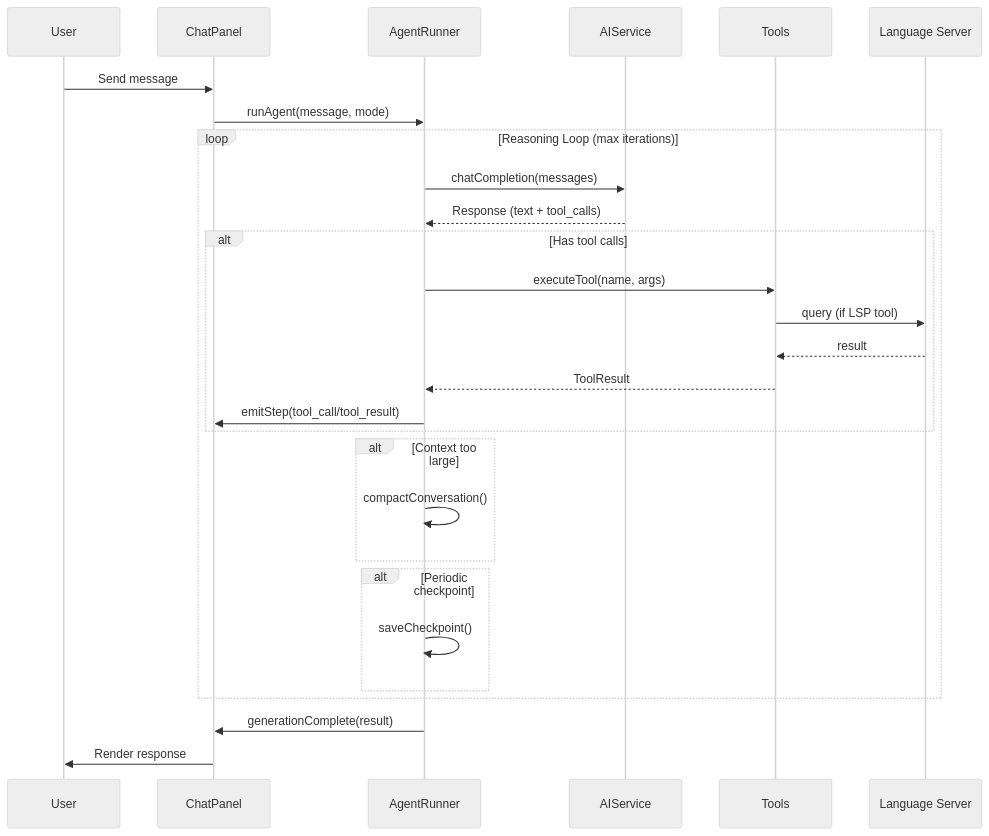
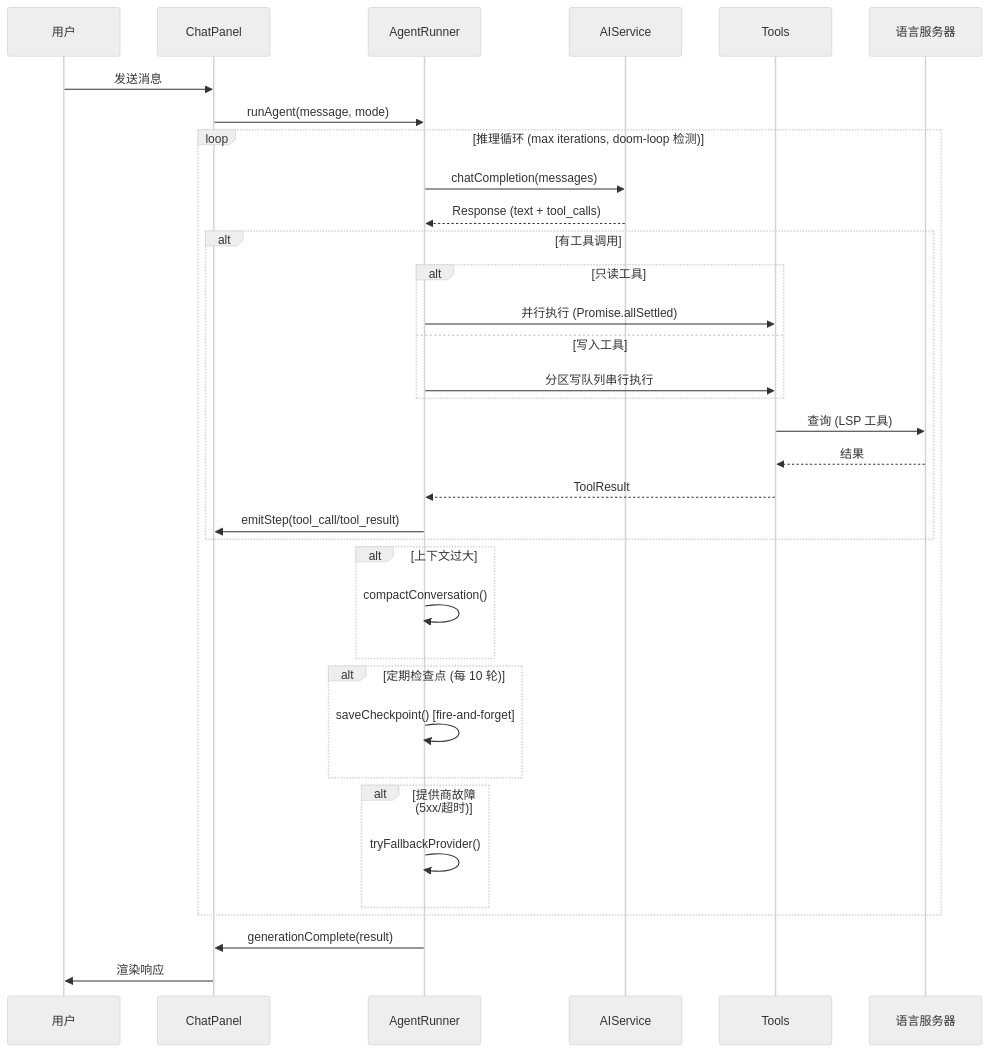
Before and after one commit to Aa728848/cwtools-vscode: the first of 3 diagrams in ARCHITECTURE.md, drawn with Mermaid (neutral theme). The commit also changed other lines of this file and 21 other files, not shown here.

Commit message:
迁移图标

````diff
--- a/ARCHITECTURE.md
+++ b/ARCHITECTURE.md
@@ -136,36 +178,44 @@
 ```mermaid
 sequenceDiagram
-    participant U as User
+    participant U as 用户
     participant CP as ChatPanel
     participant AR as AgentRunner
     participant AI as AIService
     participant T as Tools
-    participant LSP as Language Server
+    participant LSP as 语言服务器
 
-    U->>CP: Send message
+    U->>CP: 发送消息
     CP->>AR: runAgent(message, mode)
     
-    loop Reasoning Loop (max iterations)
+    loop 推理循环 (max iterations, doom-loop 检测)
         AR->>AI: chatCompletion(messages)
         AI-->>AR: Response (text + tool_calls)
         
-        alt Has tool calls
-            AR->>T: executeTool(name, args)
-            T->>LSP: query (if LSP tool)
-            LSP-->>T: result
+        alt 有工具调用
+            alt 只读工具
+                AR->>T: 并行执行 (Promise.allSettled)
+            else 写入工具
+                AR->>T: 分区写队列串行执行
+            end
+            T->>LSP: 查询 (LSP 工具)
+            LSP-->>T: 结果
             T-->>AR: ToolResult
             AR->>CP: emitStep(tool_call/tool_result)
         end
         
-        alt Context too large
+        alt 上下文过大
             AR->>AR: compactConversation()
         end
         
-        alt Periodic checkpoint
-            AR->>AR: saveCheckpoint()
+        alt 定期检查点 (每 10 轮)
+            AR->>AR: saveCheckpoint() [fire-and-forget]
+        end
+        
+        alt 提供商故障 (5xx/超时)
+            AR->>AR: tryFallbackProvider()
         end
     end
     
     AR->>CP: generationComplete(result)
-    CP->>U: Render response
+    CP->>U: 渲染响应
 ```
````
